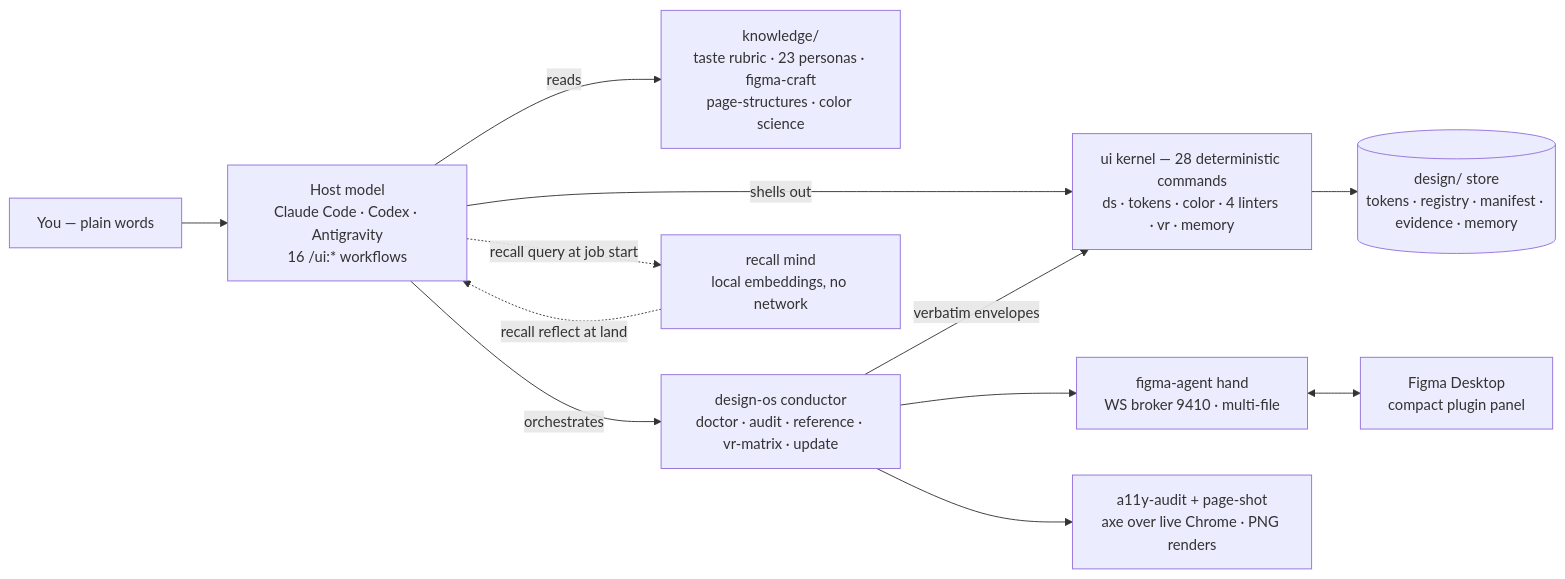
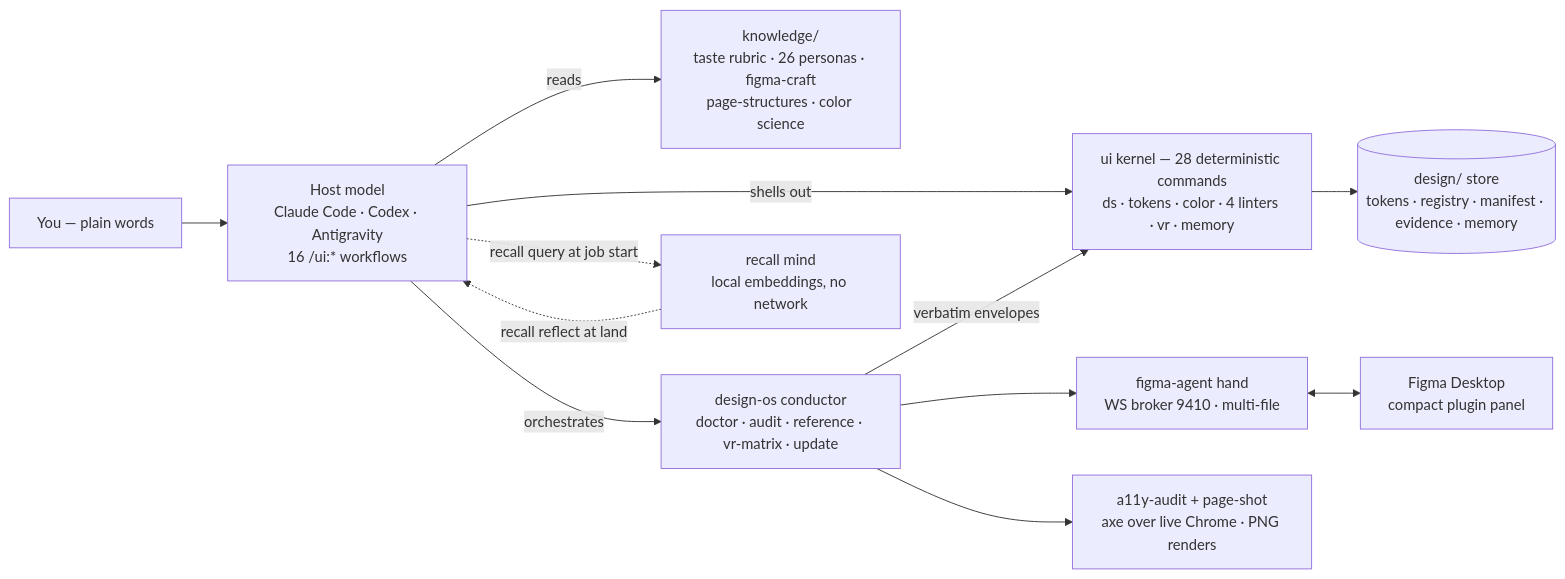
The first of 2 diagrams in README.md (jangtrinh/design-os), drawn with Mermaid before and after one commit. The commit also changed other lines of this file and 9 other files, not shown here.

````diff
--- a/README.md
+++ b/README.md
@@ -207,14 +207,14 @@
 ```mermaid
 flowchart LR
     U["You — plain words"] --> HM["Host model<br/>Claude Code · Codex · Antigravity<br/>16 /ui:* workflows"]
-    HM -- reads --> K["knowledge/<br/>taste rubric · 23 personas · figma-craft<br/>page-structures · color science"]
+    HM -- reads --> K["knowledge/<br/>taste rubric · 26 personas · figma-craft<br/>page-structures · color science"]
     HM -- shells out --> UI["ui kernel — 28 deterministic commands<br/>ds · tokens · color · 4 linters · vr · memory"]
     HM -- orchestrates --> DOS["design-os conductor<br/>doctor · audit · reference · vr-matrix · update"]
     DOS -- verbatim envelopes --> UI
     DOS --> FA["figma-agent hand<br/>WS broker 9410 · multi-file"]
     DOS --> AX["a11y-audit + page-shot<br/>axe over live Chrome · PNG renders"]
     HM -. "recall query at job start" .-> RC["recall mind<br/>local embeddings, no network"]
     RC -. "recall reflect at land" .-> HM
     FA <--> FIG["Figma Desktop<br/>compact plugin panel"]
     UI --> DS[("design/ store<br/>tokens · registry · manifest · evidence · memory")]
 ```
````
